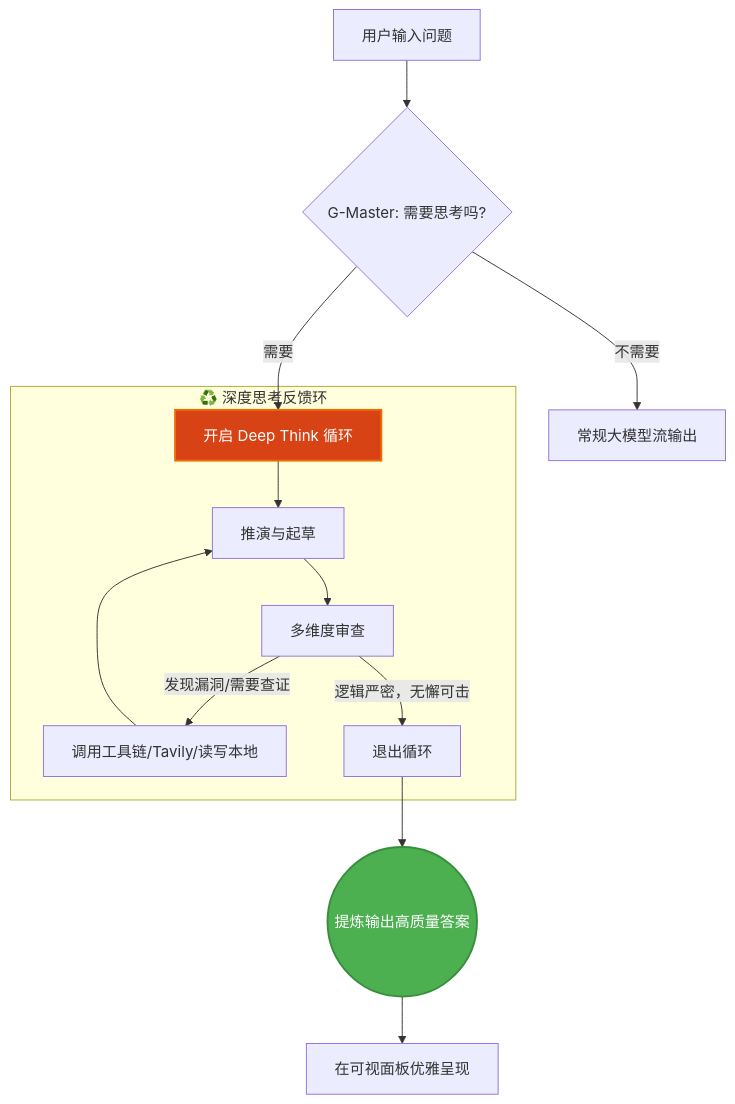
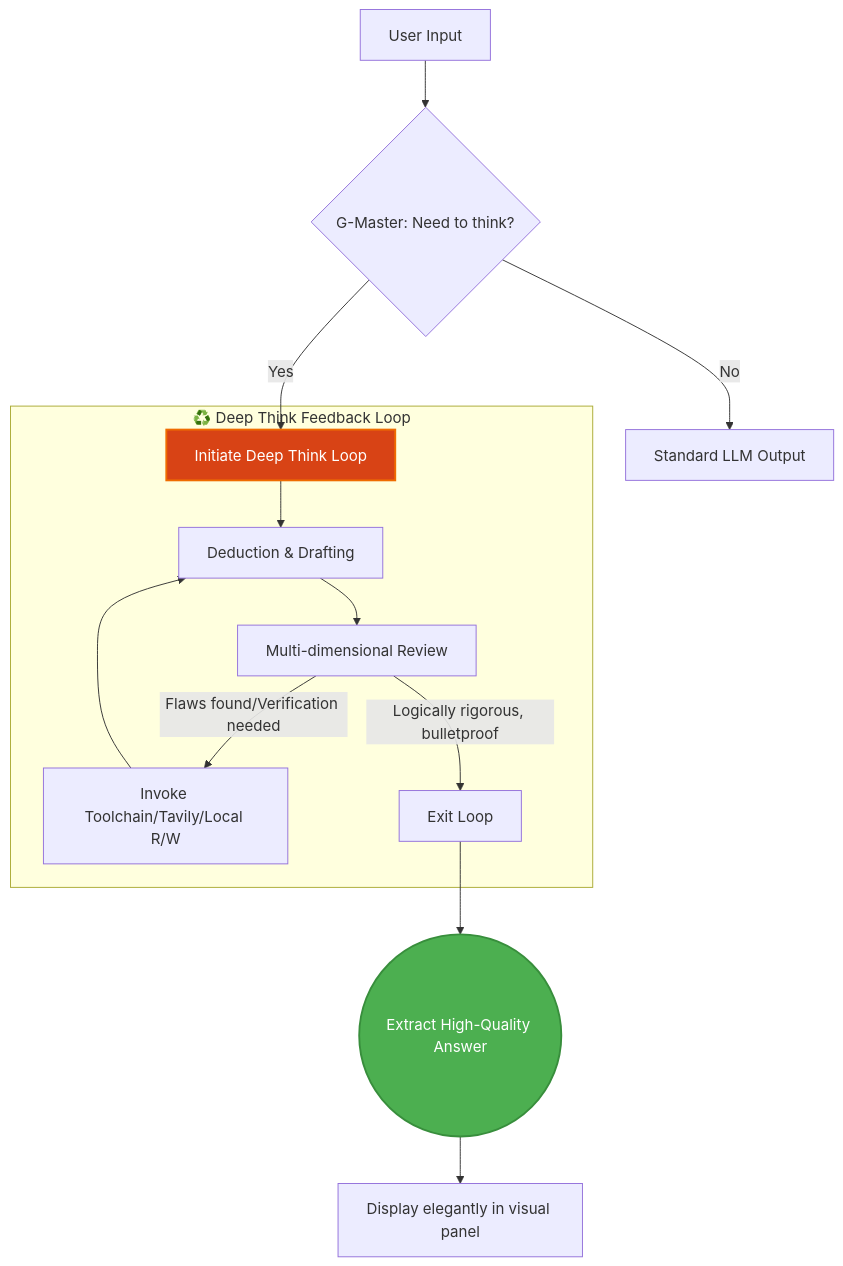
The diagram in README.md (LiWeny16/G-Master), drawn with Mermaid before and after one commit. The commit also changed other lines of this file and 10 other files, not shown here.

````diff
--- a/README.md
+++ b/README.md
@@ -46,20 +62,20 @@
 ```mermaid
 graph TD
-    A[用户输入问题] --> B{G-Master: 需要思考吗?}
-    B -- 不需要 --> C[常规大模型流输出]
-    B -- 需要 --> D[开启 Deep Think 循环]
+    A[User Input] --> B{G-Master: Need to think?}
+    B -- No --> C[Standard LLM Output]
+    B -- Yes --> D[Initiate Deep Think Loop]
     
-    subgraph Loop [♻️ 深度思考反馈环]
-    D --> E[推演与起草]
-    E --> F[多维度审查]
-    F --> |发现漏洞/需要查证| G[调用工具链/Tavily/读写本地]
+    subgraph Loop [♻️ Deep Think Feedback Loop]
+    D --> E[Deduction & Drafting]
+    E --> F[Multi-dimensional Review]
+    F --> |Flaws found/Verification needed| G[Invoke Toolchain/Tavily/Local R/W]
     G --> E
-    F --> |逻辑严密，无懈可击| H[退出循环]
+    F --> |Logically rigorous, bulletproof| H[Exit Loop]
     end
     
-    H --> I((提炼输出高质量答案))
-    I --> J[在可视面板优雅呈现]
+    H --> I((Extract High-Quality Answer))
+    I --> J[Display elegantly in visual panel]
     
     style I fill:#4CAF50,stroke:#388E3C,stroke-width:2px,color:#fff
     style D fill:#D84315,stroke:#EF6C00,stroke-width:2px,color:#fff
 ```
````
